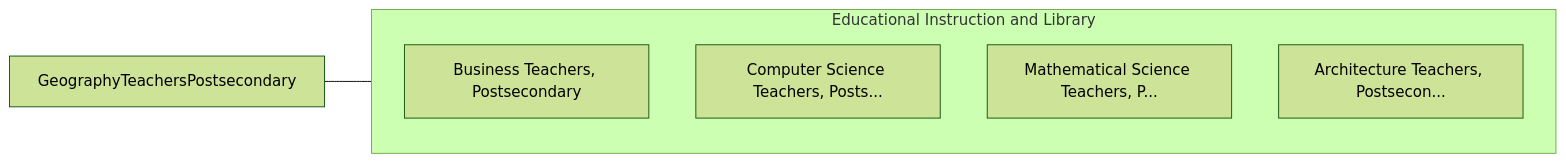
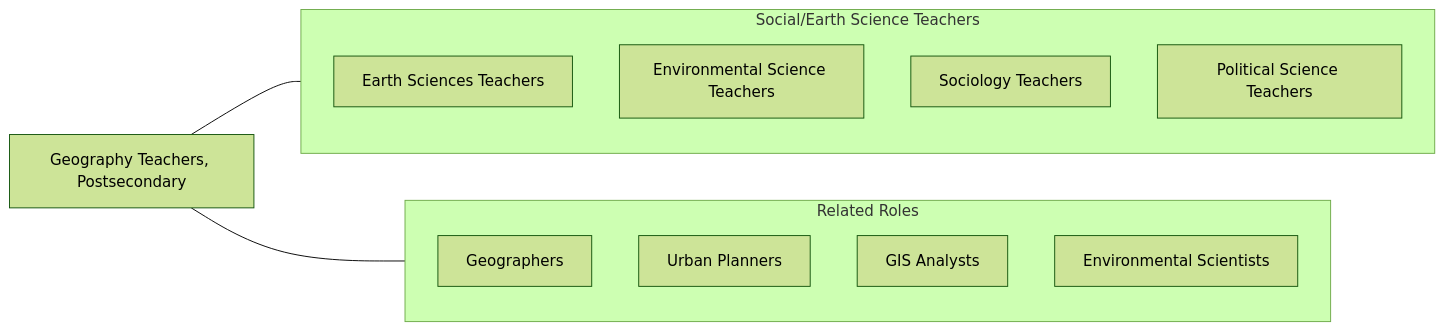
One commit to kziemski/business.org.ai changed the fourth of 4 diagrams in occupations/Education/GeographyTeachersPostsecondary.mdx. Above: the diagram before and after it, drawn with Mermaid (forest theme). The commit also changed other lines of this file and 938 other files, not shown here.

````diff
--- a/occupations/Education/GeographyTeachersPostsecondary.mdx
+++ b/occupations/Education/GeographyTeachersPostsecondary.mdx
@@ -91,13 +169,21 @@
 ```mermaid
 graph LR
-    Current["GeographyTeachersPostsecondary"]
+    Current["Geography Teachers, Postsecondary"]
 
-    subgraph SameCategory["Educational Instruction and Library"]
-        BusinessTeachersPost["Business Teachers, Postsecondary"]
-        ComputerScienceTeach["Computer Science Teachers, Posts..."]
-        MathematicalScienceT["Mathematical Science Teachers, P..."]
-        ArchitectureTeachers["Architecture Teachers, Postsecon..."]
+    subgraph SameCategory["Social/Earth Science Teachers"]
+        EarthSci["Earth Sciences Teachers"]
+        EnvSci["Environmental Science Teachers"]
+        Sociology["Sociology Teachers"]
+        PolSci["Political Science Teachers"]
+    end
+
+    subgraph CrossFunctional["Related Roles"]
+        Geographers["Geographers"]
+        UrbanPlanners["Urban Planners"]
+        GISAnalysts["GIS Analysts"]
+        EnvScientists["Environmental Scientists"]
     end
 
     Current --- SameCategory
+    Current --- CrossFunctional
 ```
````
